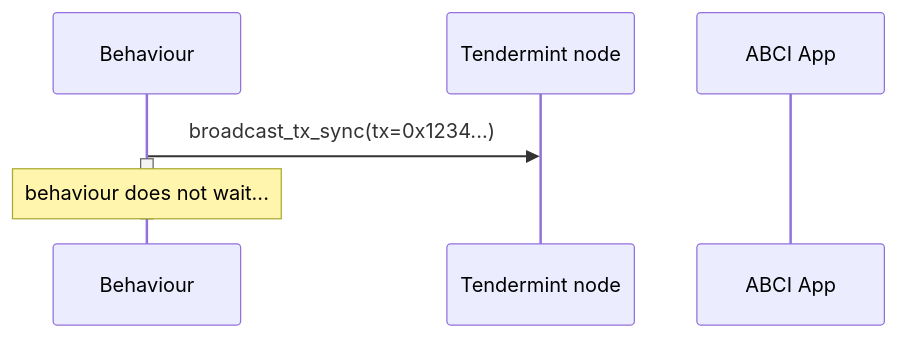
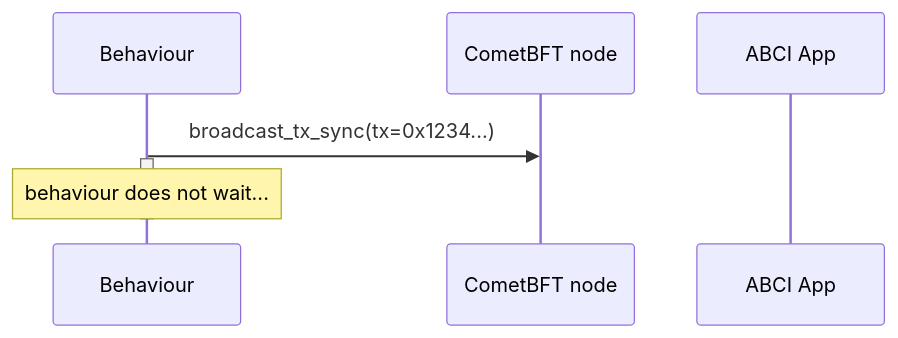
The second of 4 diagrams in docs/key_concepts/abci.md (valory-xyz/open-autonomy), drawn with Mermaid before and after one commit. The commit also changed other lines of this file and 15 other files, not shown here.

```diff
--- a/docs/key_concepts/abci.md
+++ b/docs/key_concepts/abci.md
@@ -160,12 +160,12 @@
 <div class="mermaid">
     sequenceDiagram
 
         participant Behaviour
-        participant Tendermint node
+        participant CometBFT node
         participant ABCI App
 
-        Behaviour->>Tendermint node: broadcast_tx_sync(tx=0x1234...)
+        Behaviour->>CometBFT node: broadcast_tx_sync(tx=0x1234...)
         activate Behaviour
         note over Behaviour: behaviour does not wait...
         deactivate Behaviour
 </div>
```
